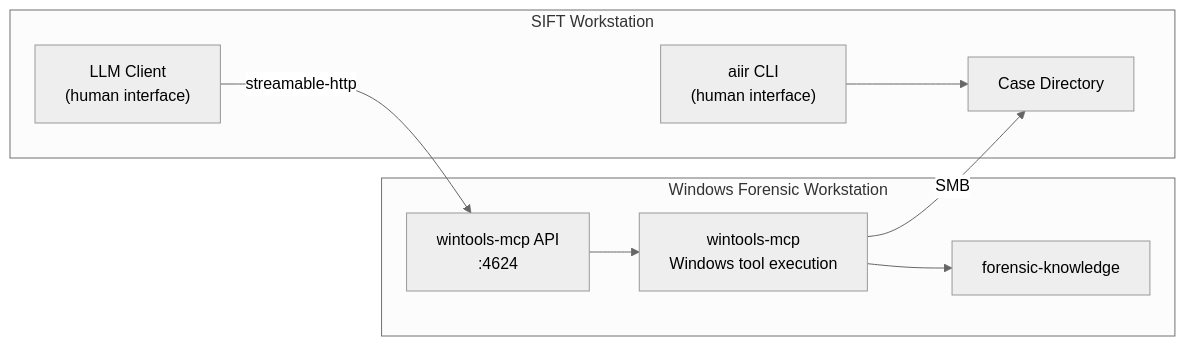
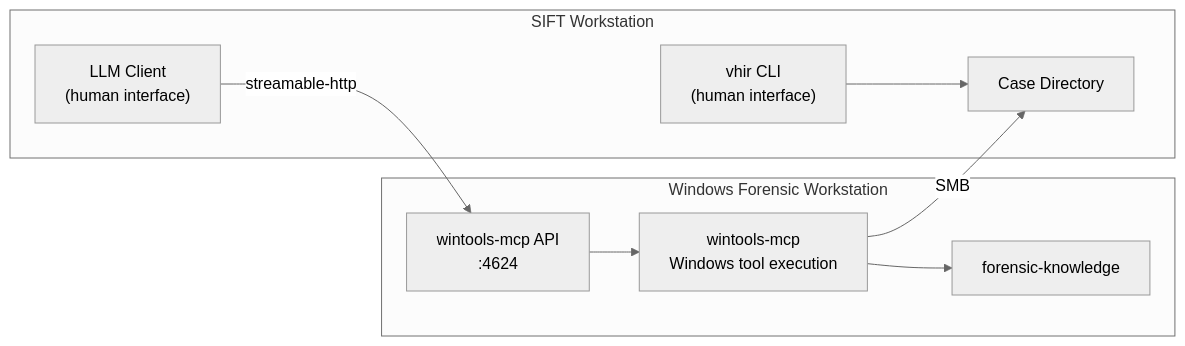
Before and after one commit to AppliedIR/wintools-mcp: the first of 3 diagrams in README.md, drawn with Mermaid (neutral theme). The commit also changed other lines of this file and 18 other files, not shown here.

Commit message:
rename AIIR to ValiHuntIR/vhir across source, docs, scripts, and tests

````diff
--- a/README.md
+++ b/README.md
@@ -19,22 +21,22 @@
 ```mermaid
 graph LR
     subgraph sift ["SIFT Workstation"]
         CC["LLM Client<br/>(human interface)"]
-        CLI["aiir CLI<br/>(human interface)"]
+        CLI["vhir CLI<br/>(human interface)"]
         CASE["Case Directory"]
 
         CLI --> CASE
     end
 
     subgraph winbox ["Windows Forensic Workstation"]
         WAPI["wintools-mcp API<br/>:4624"]
         WM["wintools-mcp<br/>Windows tool execution"]
         FK["forensic-knowledge"]
 
         WAPI --> WM
         WM --> FK
     end
 
     CC -->|"streamable-http"| WAPI
     WM -->|"SMB"| CASE
 ```
````
